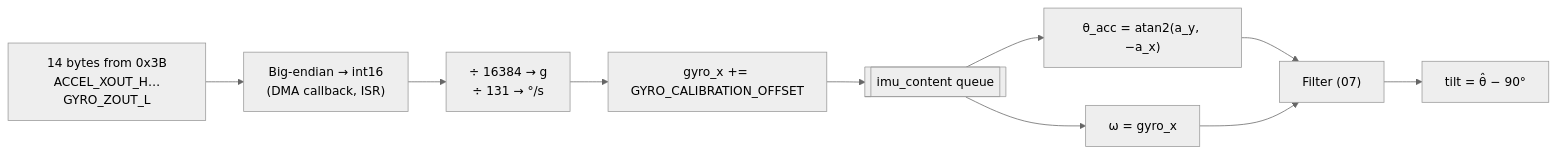
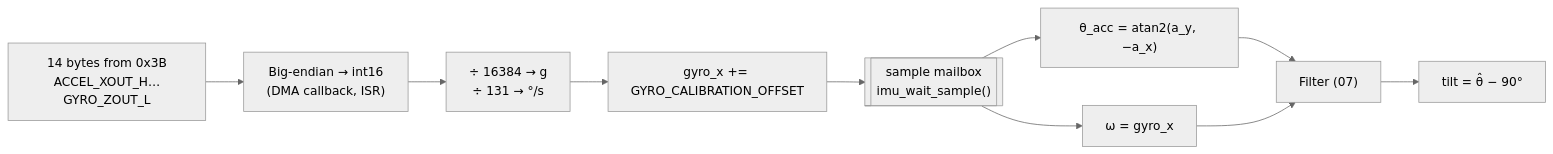
The diagram in docs/05-sensing-and-imu.md (machadothi/balancing_robot), drawn with Mermaid (neutral theme) before and after one commit. The commit also changed other lines of this file and 10 other files, not shown here.

First line of the commit message:
docs: update for decoupled architecture, add link checker

````diff
--- a/docs/05-sensing-and-imu.md
+++ b/docs/05-sensing-and-imu.md
@@ -34,12 +35,12 @@
 ```mermaid
 flowchart LR
     REG["14 bytes from 0x3B<br/>ACCEL_XOUT_H…GYRO_ZOUT_L"] --> PARSE["Big-endian → int16<br/>(DMA callback, ISR)"]
     PARSE --> SCALE["÷ 16384 → g<br/>÷ 131 → °/s"]
     SCALE --> CAL["gyro_x += GYRO_CALIBRATION_OFFSET"]
-    CAL --> QUEUE[["imu_content queue"]]
+    CAL --> QUEUE[["sample mailbox<br/>imu_wait_sample()"]]
     QUEUE --> ACC["θ_acc = atan2(a_y, −a_x)"]
     QUEUE --> GYR["ω = gyro_x"]
     ACC --> FUSION["Filter (07)"]
     GYR --> FUSION
     FUSION --> TILT["tilt = θ̂ − 90°"]
 ```
````
